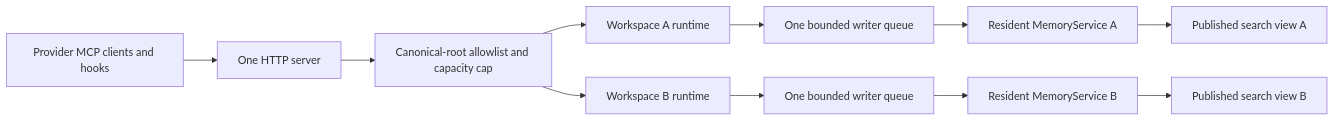
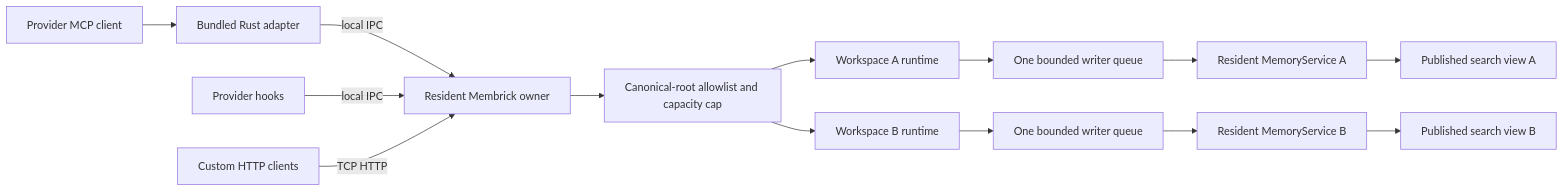
One commit to RooAGI/Lint-AI changed the first of 2 diagrams in docs/index-concurrency.md. Above: the diagram before and after it, drawn with Mermaid. The commit also changed other lines of this file and 14 other files, not shown here.

Commit message:
Prepare v0.5.0 IPC architecture release docs

````diff
--- a/docs/index-concurrency.md
+++ b/docs/index-concurrency.md
@@ -64,13 +67,16 @@
 ```mermaid
 flowchart LR
-    Clients[Provider MCP clients and hooks] --> Backend[One HTTP server]
+    Agent[Provider MCP client] --> Adapter[Bundled Rust adapter]
+    Adapter -->|local IPC| Backend[Resident Membrick owner]
+    Hooks[Provider hooks] -->|local IPC| Backend
+    Http[Custom HTTP clients] -->|TCP HTTP| Backend
     Backend --> Registry[Canonical-root allowlist and capacity cap]
     Registry --> A[Workspace A runtime]
     Registry --> B[Workspace B runtime]
     A --> QA[One bounded writer queue]
     QA --> MA[Resident MemoryService A]
     MA --> SA[Published search view A]
     B --> QB[One bounded writer queue]
     QB --> MB[Resident MemoryService B]
     MB --> SB[Published search view B]
 ```
````
